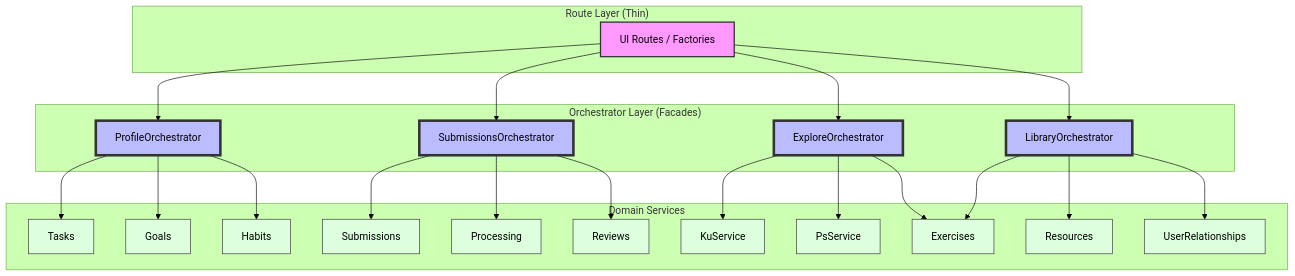
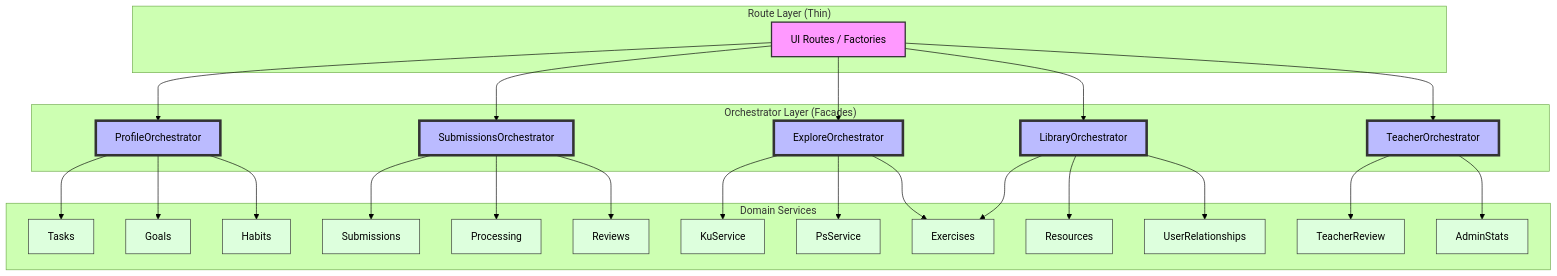
One commit to linguistic76/skuel changed the diagram in app/docs/patterns/UI_ORCHESTRATOR_PATTERN.md. Above: the diagram before and after it, drawn with Mermaid (forest theme). The commit also changed other lines of this file and 2 other files, not shown here.

Commit message:
docs(orchestrator): update pattern + roadmap + skill for TeacherOrchestrator
- UI_ORCHESTRATOR_PATTERN.md: add TeacherOrchestrator to adoption table
  and Mermaid diagram; add return-type convention (-> None, not list[Any])
  to Design Constraints
- UI_ORCHESTRATION_EXPANSION_PLAN.md: mark Teaching hub complete; rename
  Phase 3 → Phase 4 for remaining candidates
- ui-orchestrator/SKILL.md: add TeacherOrchestrator to existing table;
  add rule against speculative composite methods for non-existent pages

````diff
--- a/app/docs/patterns/UI_ORCHESTRATOR_PATTERN.md
+++ b/app/docs/patterns/UI_ORCHESTRATOR_PATTERN.md
@@ -51,38 +52,42 @@
 ```mermaid
 graph TD
     subgraph "Route Layer (Thin)"
         UI_Routes["UI Routes / Factories"]
     end
 
     subgraph "Orchestrator Layer (Facades)"
         PO[ProfileOrchestrator]
         SO[SubmissionsOrchestrator]
         EO[ExploreOrchestrator]
         LO[LibraryOrchestrator]
+        TO[TeacherOrchestrator]
     end
 
     subgraph "Domain Services"
         TS[Tasks] ; GS[Goals] ; HS[Habits]
         Sub[Submissions] ; Proc[Processing] ; Rev[Reviews]
         KU[KuService] ; PS[PsService] ; Ex[Exercises]
         Res[Resources] ; UR[UserRelationships]
+        TR[TeacherReview] ; AS[AdminStats]
     end
 
     UI_Routes --> PO
     UI_Routes --> SO
     UI_Routes --> EO
     UI_Routes --> LO
+    UI_Routes --> TO
 
     PO --> TS ; PO --> GS ; PO --> HS
     SO --> Sub ; SO --> Proc ; SO --> Rev
     EO --> KU ; EO --> PS ; EO --> Ex
     LO --> Res ; LO --> UR ; LO --> Ex
+    TO --> TR ; TO --> AS
 
     classDef route fill:#f9f,stroke:#333,stroke-width:2px;
     classDef facade fill:#bbf,stroke:#333,stroke-width:4px;
     classDef dev fill:#dfd,stroke:#333;
 
     class UI_Routes route;
-    class PO,SO,EO,LO facade;
-    class TS,GS,HS,Sub,Proc,Rev,KU,PS,Ex,Res,UR dev;
+    class PO,SO,EO,LO,TO facade;
+    class TS,GS,HS,Sub,Proc,Rev,KU,PS,Ex,Res,UR,TR,AS dev;
 ```
````
